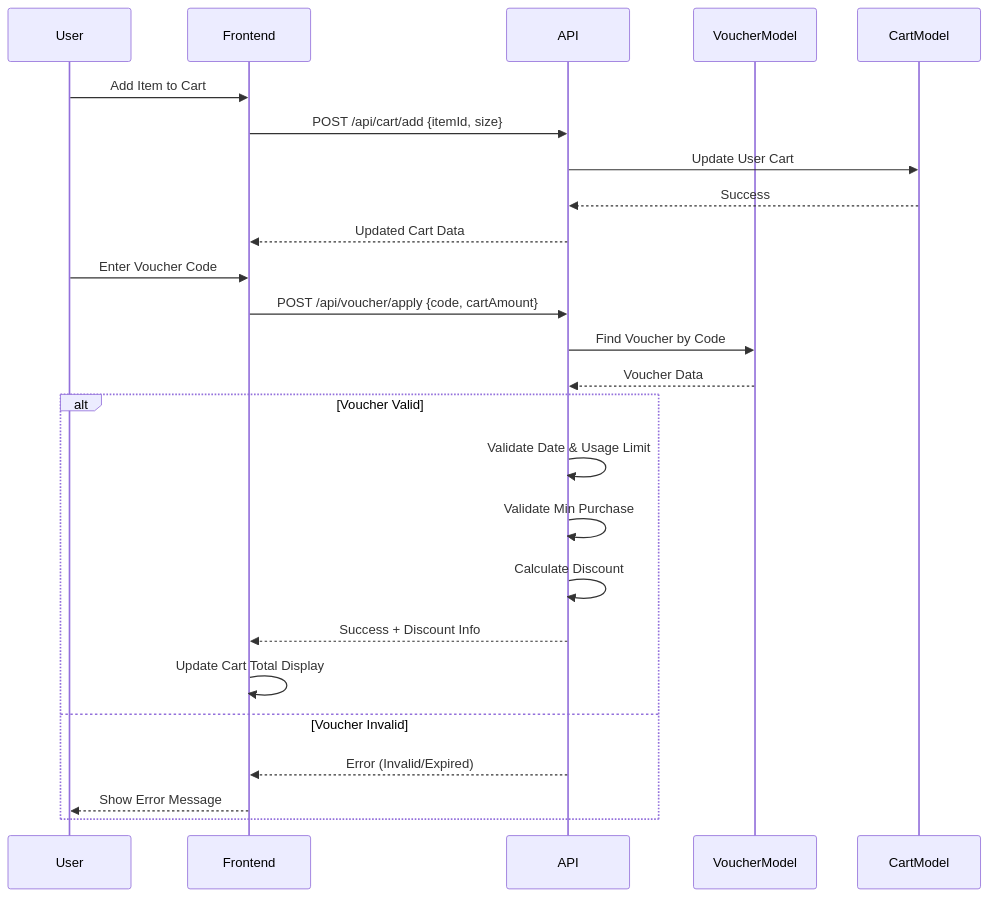
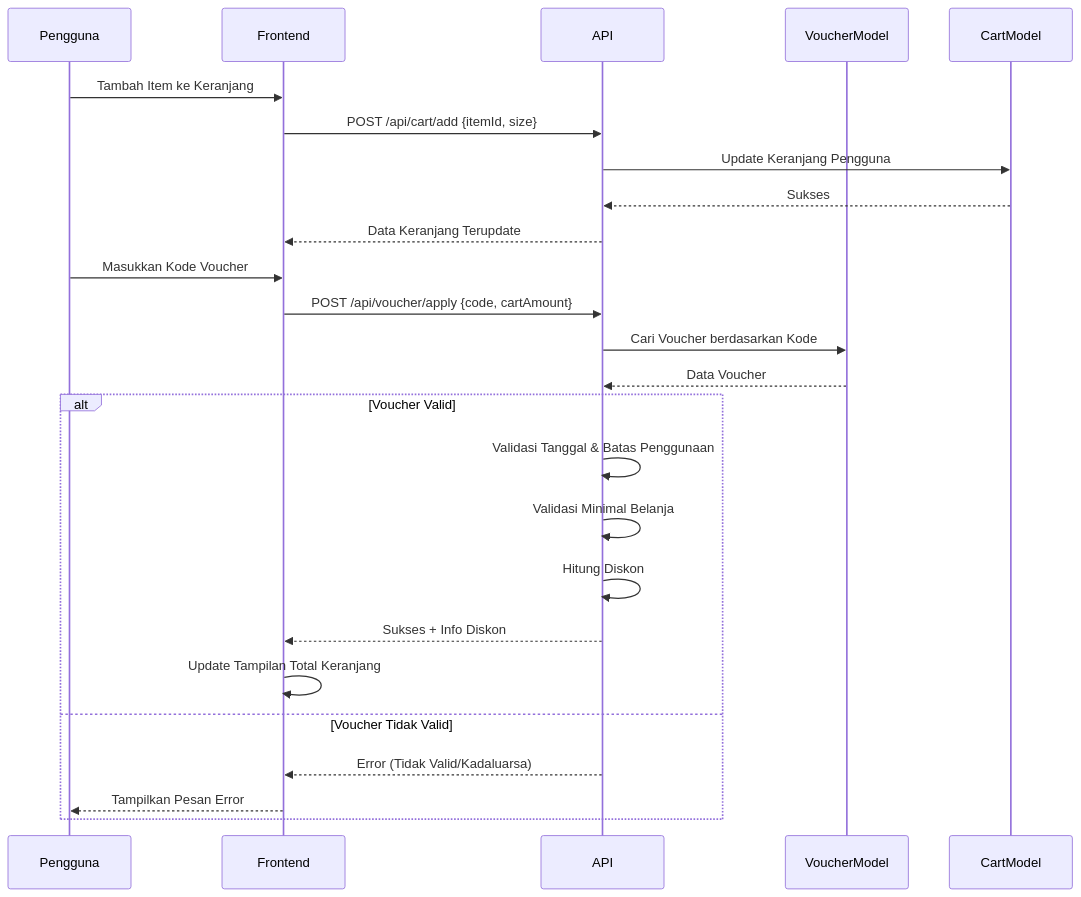
One commit to Grinti123/gerai-ayra-fullstack changed the second of 6 diagrams in sequence-diagram.md. Above: the diagram before and after it, drawn with Mermaid. The commit also changed other lines of this file, not shown here.

Commit message:
update sequence

````diff
--- a/sequence-diagram.md
+++ b/sequence-diagram.md
@@ -30,30 +30,30 @@
 ```mermaid
 sequenceDiagram
-    participant User
+    participant User as Pengguna
     participant Frontend
     participant API
     participant VoucherModel
     participant CartModel
 
-    User->>Frontend: Add Item to Cart
+    User->>Frontend: Tambah Item ke Keranjang
     Frontend->>API: POST /api/cart/add {itemId, size}
-    API->>CartModel: Update User Cart
-    CartModel-->>API: Success
-    API-->>Frontend: Updated Cart Data
+    API->>CartModel: Update Keranjang Pengguna
+    CartModel-->>API: Sukses
+    API-->>Frontend: Data Keranjang Terupdate
 
-    User->>Frontend: Enter Voucher Code
+    User->>Frontend: Masukkan Kode Voucher
     Frontend->>API: POST /api/voucher/apply {code, cartAmount}
-    API->>VoucherModel: Find Voucher by Code
-    VoucherModel-->>API: Voucher Data
+    API->>VoucherModel: Cari Voucher berdasarkan Kode
+    VoucherModel-->>API: Data Voucher
 
     alt Voucher Valid
-        API->>API: Validate Date & Usage Limit
-        API->>API: Validate Min Purchase
-        API->>API: Calculate Discount
-        API-->>Frontend: Success + Discount Info
-        Frontend->>Frontend: Update Cart Total Display
-    else Voucher Invalid
-        API-->>Frontend: Error (Invalid/Expired)
-        Frontend-->>User: Show Error Message
+        API->>API: Validasi Tanggal & Batas Penggunaan
+        API->>API: Validasi Minimal Belanja
+        API->>API: Hitung Diskon
+        API-->>Frontend: Sukses + Info Diskon
+        Frontend->>Frontend: Update Tampilan Total Keranjang
+    else Voucher Tidak Valid
+        API-->>Frontend: Error (Tidak Valid/Kadaluarsa)
+        Frontend-->>User: Tampilkan Pesan Error
     end
 ```
````
